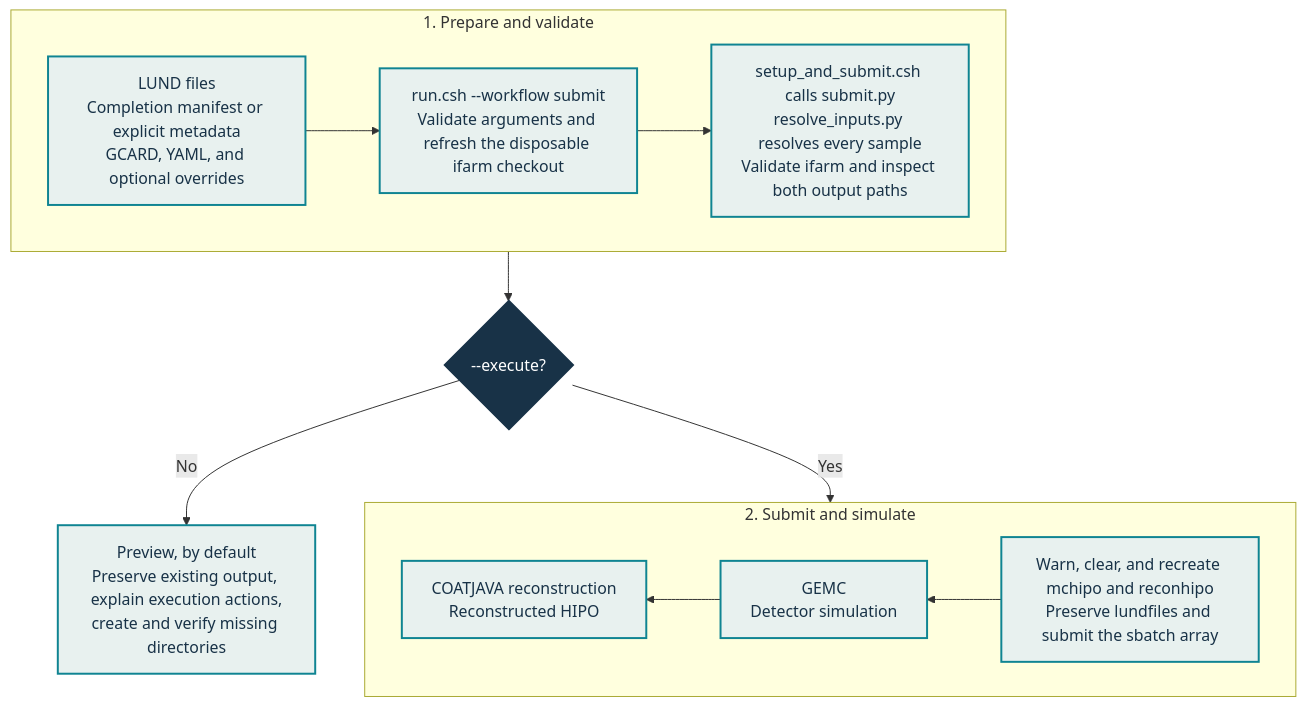
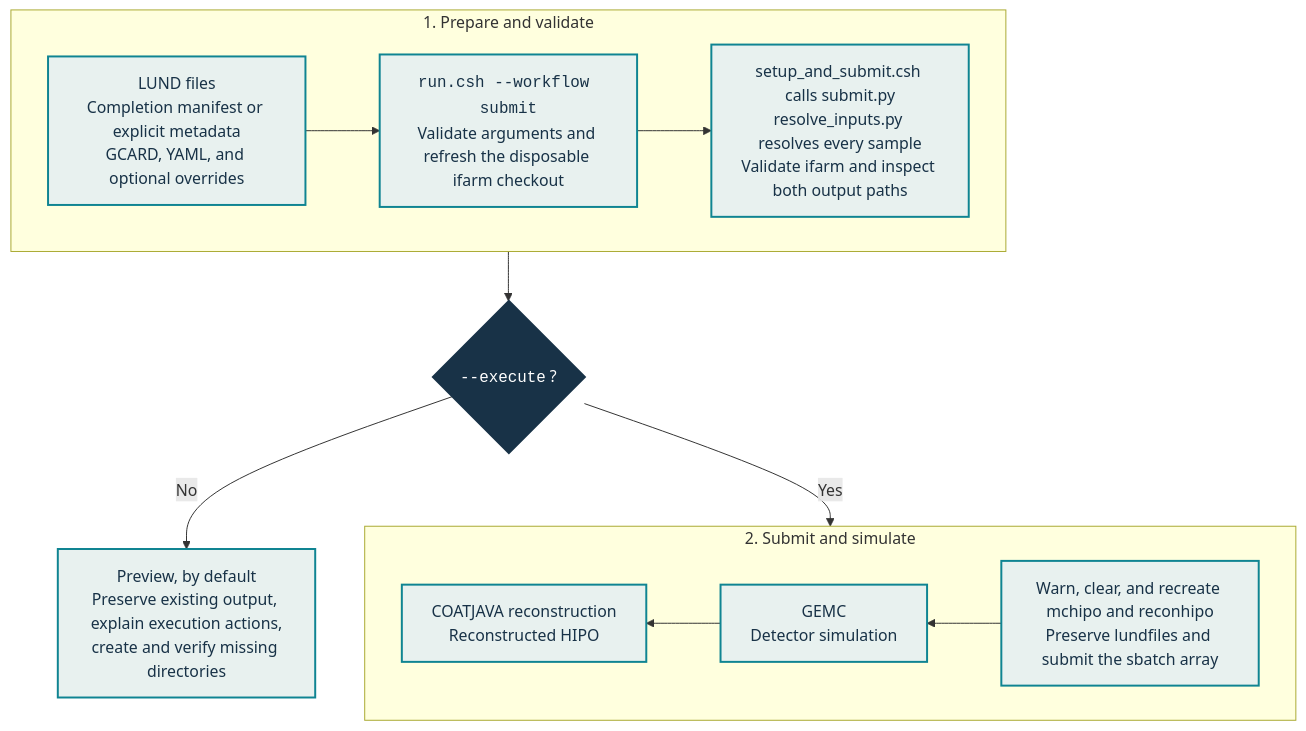
One commit to alons126/CLAS12-sample-generator changed the second of 2 diagrams in docs/index.md. Above: the diagram before and after it, drawn with Mermaid. The commit also changed other lines of this file and 18 other files, not shown here.

````diff
--- a/docs/index.md
+++ b/docs/index.md
@@ -41,26 +39,26 @@
 ```mermaid
 flowchart TB
     subgraph PREPARE["1. Prepare and validate"]
         direction LR
-        INPUTS["LUND files<br/>Completion manifest or explicit metadata<br/>GCARD, YAML, and optional overrides"] --> ENTRY["run.csh --workflow submit<br/>Validate arguments and refresh the disposable ifarm checkout"]
+        INPUTS["LUND files<br/>Completion manifest or explicit metadata<br/>GCARD, YAML, and optional overrides"] --> ENTRY["<code>run.csh --workflow submit</code><br/>Validate arguments and refresh the disposable ifarm checkout"]
         ENTRY --> VALIDATE["setup_and_submit.csh calls submit.py<br/>resolve_inputs.py resolves every sample<br/>Validate ifarm and inspect both output paths"]
     end
 
-    EXECUTE{"--execute?"}
+    EXECUTE{"<code>--execute</code> ?"}
     PREVIEW["Preview, by default<br/>Preserve existing output, explain execution actions,<br/>create and verify missing directories"]
 
     subgraph SIMULATE["2. Submit and simulate"]
         direction RL
         SUBMIT["Warn, clear, and recreate mchipo and reconhipo<br/>Preserve lundfiles and submit the sbatch array"] --> GEMC["GEMC<br/>Detector simulation"]
         GEMC --> RECON["COATJAVA reconstruction<br/>Reconstructed HIPO"]
     end
 
     PREPARE --> EXECUTE
     EXECUTE -->|No| PREVIEW
     EXECUTE -->|Yes| SIMULATE
 
     classDef decision fill:#183247,color:#ffffff,stroke:#183247,stroke-width:2px;
     classDef stage fill:#e8f1ef,color:#183247,stroke:#0f8492,stroke-width:2px;
     class EXECUTE decision;
     class INPUTS,ENTRY,VALIDATE,PREVIEW,SUBMIT,GEMC,RECON stage;
 ```
````
